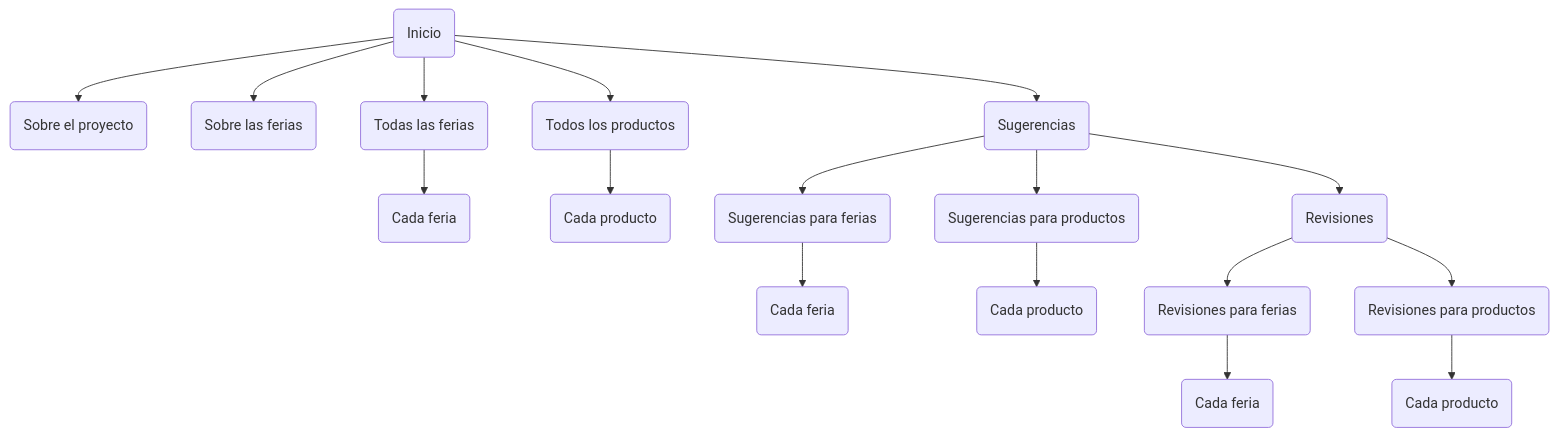
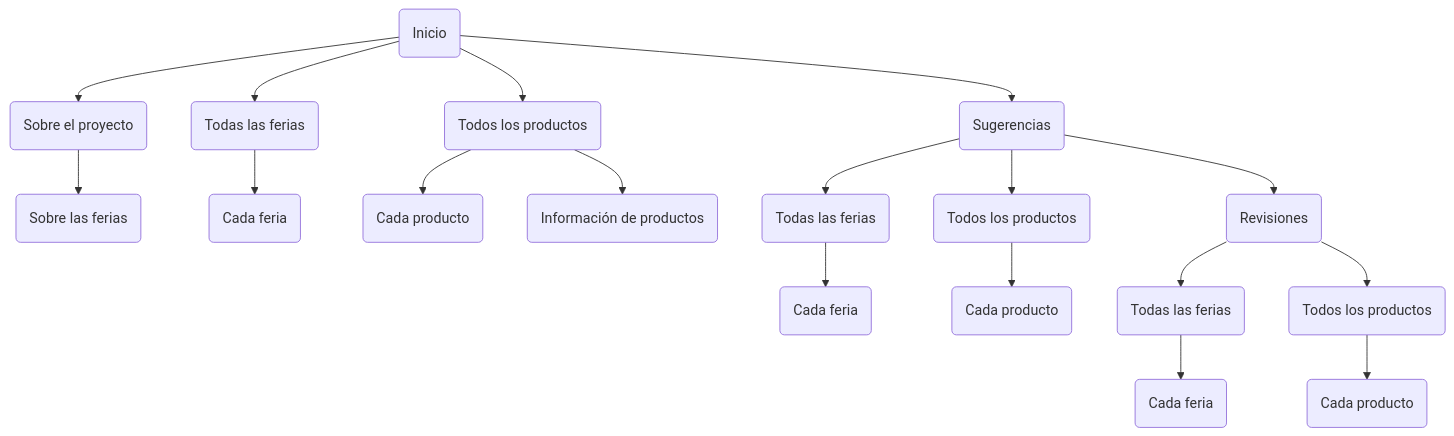
Before and after one commit to tropicalizacion/ferias: the diagram in SITEMAP.md, drawn with Mermaid. The commit also changed other lines of this file, not shown here.

Commit message:
Agregar página de información sobre los productos pendiente (categorías, centros de origen, etc.) y corregir algunos errores

````diff
--- a/SITEMAP.md
+++ b/SITEMAP.md
@@ -3,37 +3,39 @@
 ```mermaid
 graph TD;
     inicio(Inicio)
     sobre(Sobre el proyecto)
     sobre_ferias(Sobre las ferias)
     ferias(Todas las ferias)
     feria(Cada feria)
     productos(Todos los productos)
     producto(Cada producto)
+    informacion(Información de productos)
     sugerencias(Sugerencias)
-    sugerencias_ferias(Sugerencias para ferias)
+    sugerencias_ferias(Todas las ferias)
     sugerencias_feria(Cada feria)
-    sugerencias_productos(Sugerencias para productos)
+    sugerencias_productos(Todos los productos)
     sugerencias_producto(Cada producto)
     revisiones(Revisiones)
-    revisiones_ferias(Revisiones para ferias)
+    revisiones_ferias(Todas las ferias)
     revisiones_feria(Cada feria)
-    revisiones_productos(Revisiones para productos)
+    revisiones_productos(Todos los productos)
     revisiones_producto(Cada producto)
     
     inicio --> sobre
-    inicio --> sobre_ferias
     inicio --> ferias
     inicio --> productos
     inicio --> sugerencias
+    sobre --> sobre_ferias
     ferias --> feria
     productos --> producto
+    productos --> informacion
     sugerencias --> sugerencias_ferias
     sugerencias --> sugerencias_productos
     sugerencias --> revisiones
     sugerencias_ferias --> sugerencias_feria
     sugerencias_productos --> sugerencias_producto
     revisiones --> revisiones_ferias
     revisiones --> revisiones_productos
     revisiones_ferias --> revisiones_feria
     revisiones_productos --> revisiones_producto
 ```
````
